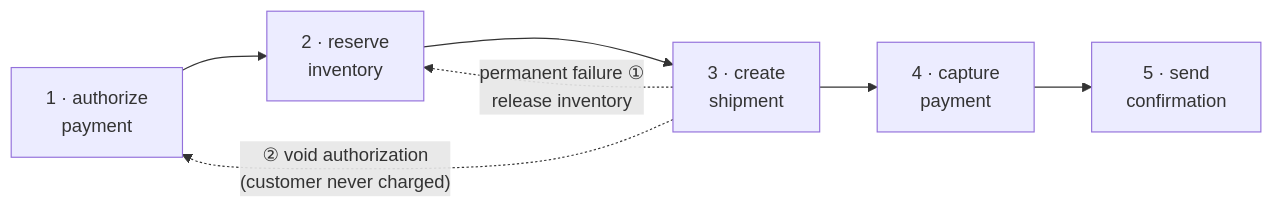
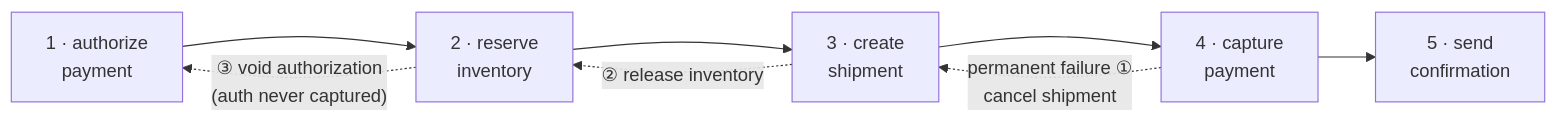
One commit to derrekyoung/temporal-ecomm-order-processing-demo changed the first of 2 diagrams in README.md. Above: the diagram before and after it, drawn with Mermaid. The commit also changed other lines of this file and 2 other files, not shown here.

Commit message:
complete saga: cancelShipment + refundPayment compensations

````diff
--- a/README.md
+++ b/README.md
@@ -50,10 +50,11 @@
 ```mermaid
 flowchart LR
     A["1 · authorize<br/>payment"] --> B["2 · reserve<br/>inventory"]
     B --> C["3 · create<br/>shipment"]
     C --> D["4 · capture<br/>payment"]
     D --> E["5 · send<br/>confirmation"]
 
-    C -. "permanent failure ①<br/>release inventory" .-> B
-    C -. "② void authorization<br/>(customer never charged)" .-> A
+    D -. "permanent failure ①<br/>cancel shipment" .-> C
+    C -. "② release inventory" .-> B
+    B -. "③ void authorization<br/>(auth never captured)" .-> A
 ```
````
